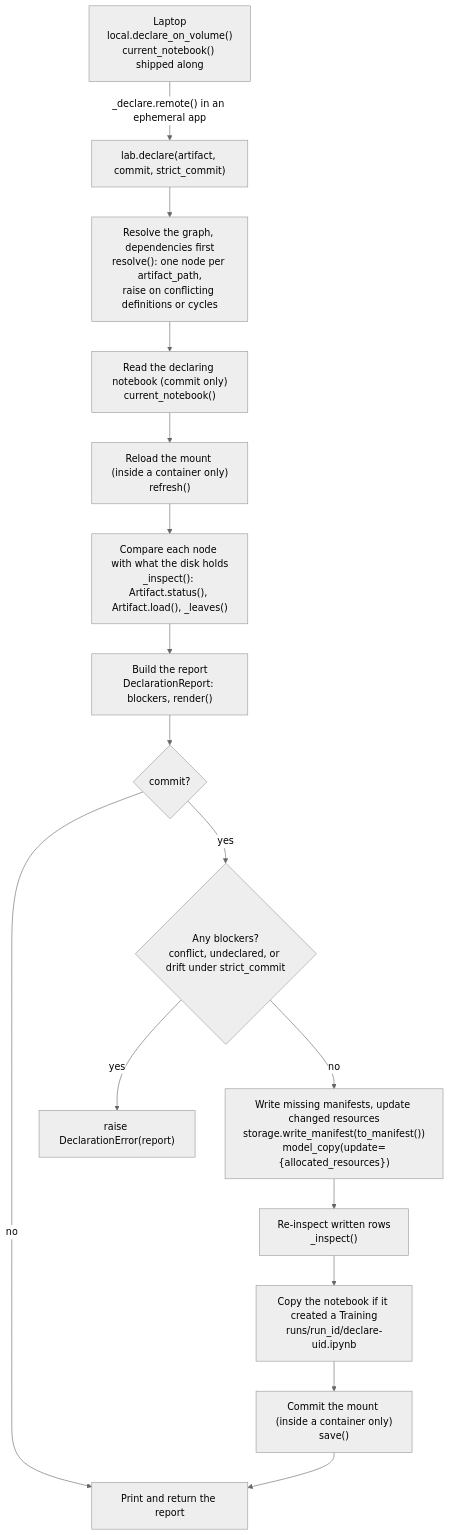
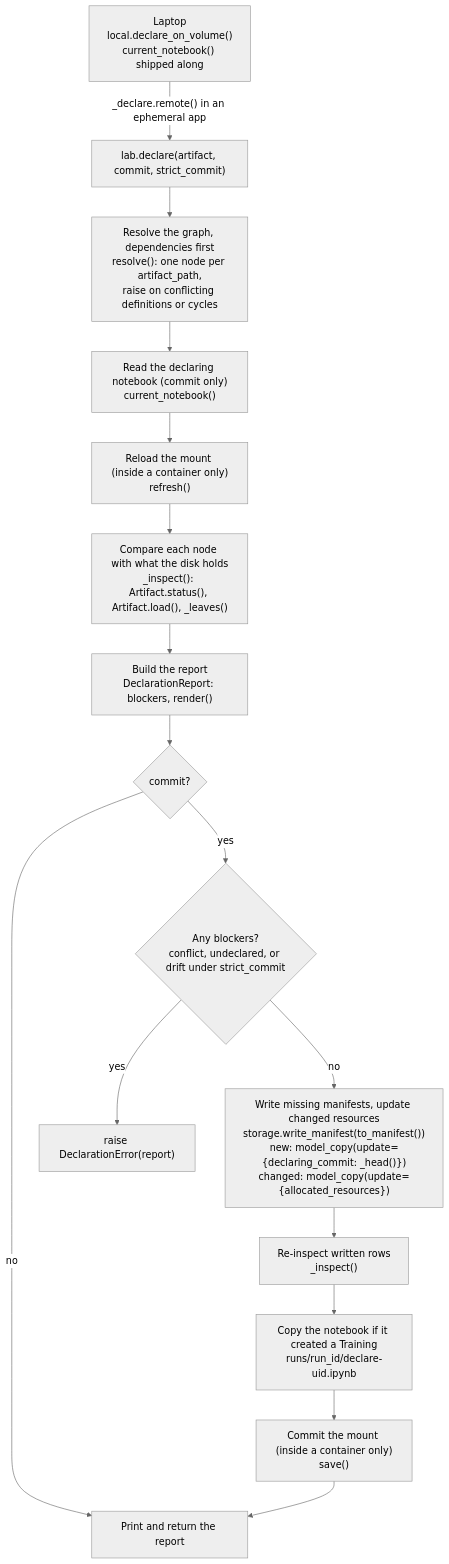
The second of 2 diagrams in docs/lab.md (ocanphys/launchpad), drawn with Mermaid (neutral theme) before and after one commit. The commit also changed other lines of this file and 75 other files, not shown here.

````diff
--- a/docs/lab.md
+++ b/docs/lab.md
@@ -104,18 +111,18 @@
 ```mermaid
 flowchart TD
   LAP["Laptop<br/>local.declare_on_volume()<br/>current_notebook() shipped along"] -->|"_declare.remote() in an ephemeral app"| S
   S["lab.declare(artifact, commit, strict_commit)"] --> R["Resolve the graph, dependencies first<br/>resolve(): one node per artifact_path,<br/>raise on conflicting definitions or cycles"]
   R --> NBK["Read the declaring notebook (commit only)<br/>current_notebook()"]
   NBK --> RF["Reload the mount (inside a container only)<br/>refresh()"]
   RF --> I["Compare each node with what the disk holds<br/>_inspect(): Artifact.status(), Artifact.load(), _leaves()"]
   I --> REP["Build the report<br/>DeclarationReport: blockers, render()"]
   REP --> C{"commit?"}
   C -->|no| OUT["Print and return the report"]
   C -->|yes| BL{"Any blockers?<br/>conflict, undeclared, or drift under strict_commit"}
   BL -->|yes| ERR["raise DeclarationError(report)"]
-  BL -->|no| W["Write missing manifests, update changed resources<br/>storage.write_manifest(to_manifest())<br/>model_copy(update={allocated_resources})"]
+  BL -->|no| W["Write missing manifests, update changed resources<br/>storage.write_manifest(to_manifest())<br/>new: model_copy(update={declaring_commit: _head()})<br/>changed: model_copy(update={allocated_resources})"]
   W --> RI["Re-inspect written rows<br/>_inspect()"]
   RI --> CP["Copy the notebook if it created a Training<br/>runs/run_id/declare-uid.ipynb"]
   CP --> SV["Commit the mount (inside a container only)<br/>save()"]
   SV --> OUT
 ```
````
